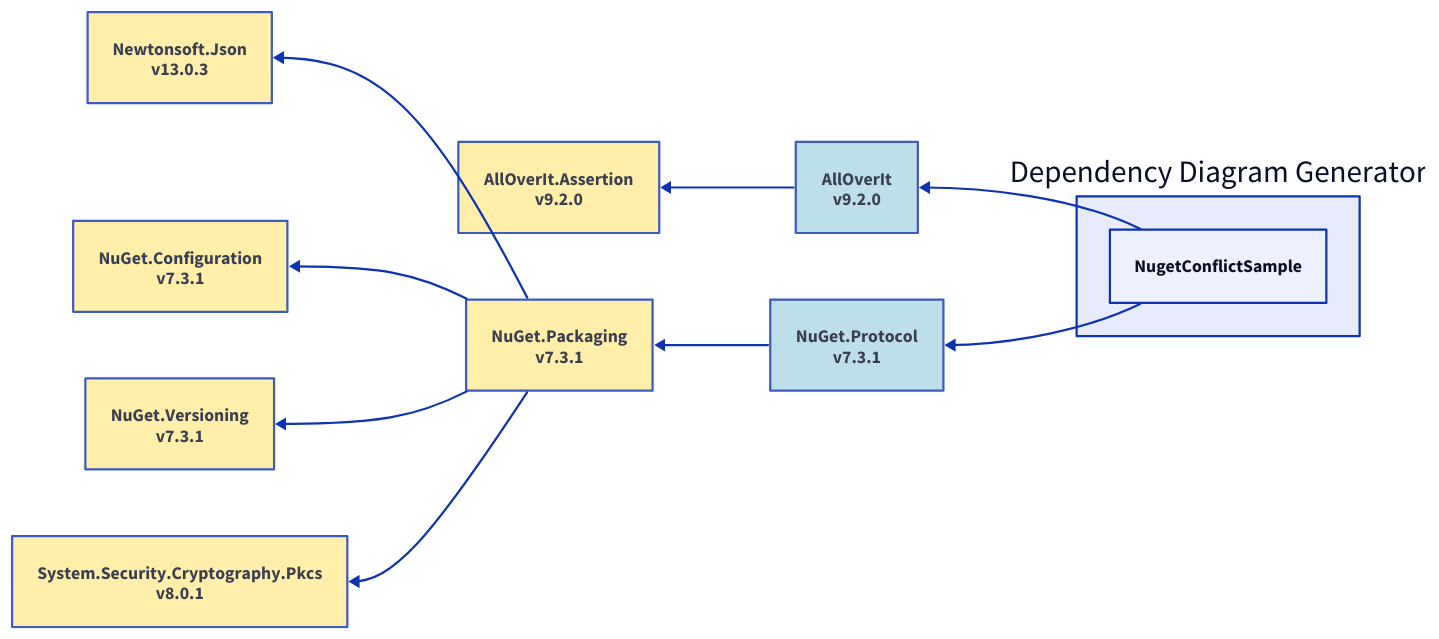
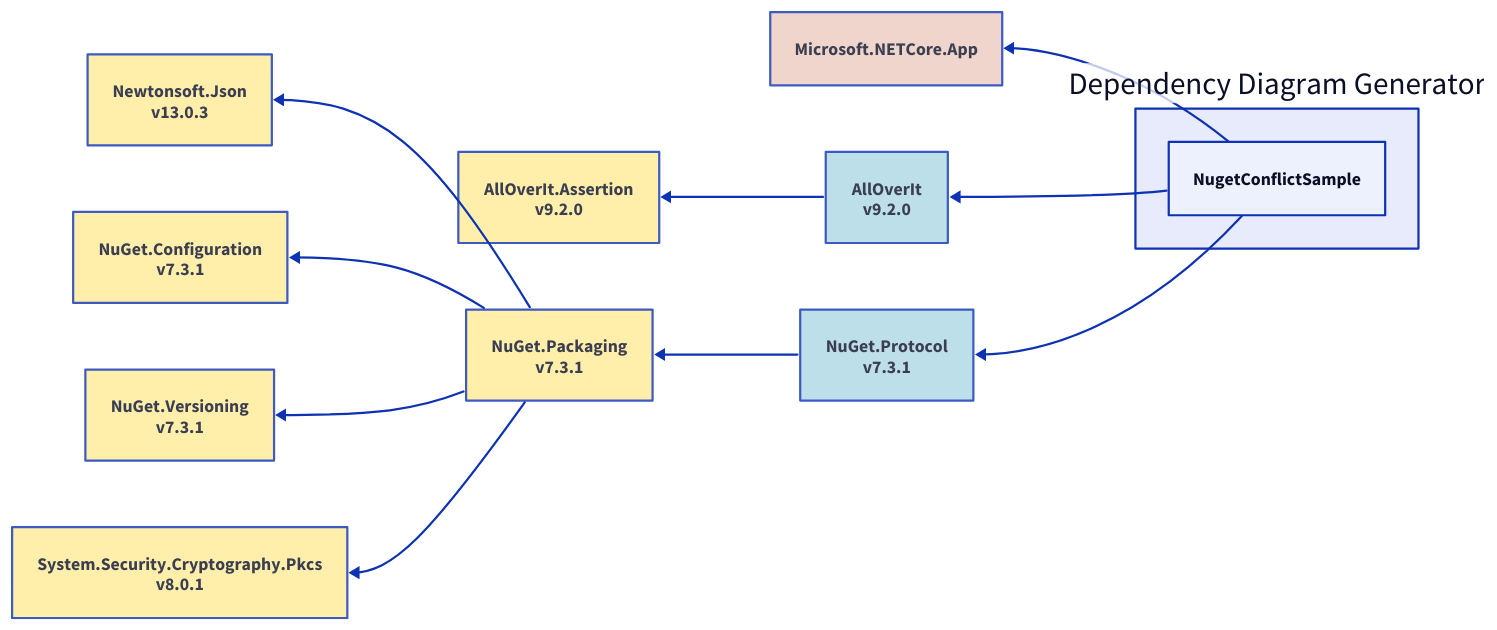
The diagram in Samples/Output/net10.0/d2/nugetconflictsample.d2 (mjfreelancing/SlnDependencyDiagramGenerator), drawn with D2 before and after one commit. The commit also changed other lines of this file and 101 other files, not shown here.

```diff
--- a/Samples/Output/net10.0/d2/nugetconflictsample.d2
+++ b/Samples/Output/net10.0/d2/nugetconflictsample.d2
@@ -1,38 +1,42 @@
 direction: left
 
 ddg: Dependency Diagram Generator
 ddg.nugetconflictsample: NugetConflictSample
+microsoft-netcore-app: Microsoft.NETCore.App
 alloverit_9-2-0: AllOverIt\nv9.2.0
 alloverit-assertion_9-2-0: AllOverIt.Assertion\nv9.2.0
 nuget-protocol_7-3-1: NuGet.Protocol\nv7.3.1
 nuget-packaging_7-3-1: NuGet.Packaging\nv7.3.1
 newtonsoft-json_13-0-3: Newtonsoft.Json\nv13.0.3
 nuget-configuration_7-3-1: NuGet.Configuration\nv7.3.1
 nuget-versioning_7-3-1: NuGet.Versioning\nv7.3.1
 system-security-cryptography-pkcs_8-0-1: System.Security.Cryptography.Pkcs\nv8.0.1
+microsoft-netcore-app <- ddg.nugetconflictsample
 alloverit_9-2-0 <- ddg.nugetconflictsample
 alloverit-assertion_9-2-0 <- alloverit_9-2-0
 nuget-protocol_7-3-1 <- ddg.nugetconflictsample
 nuget-packaging_7-3-1 <- nuget-protocol_7-3-1
 newtonsoft-json_13-0-3 <- nuget-packaging_7-3-1
 nuget-configuration_7-3-1 <- nuget-packaging_7-3-1
 nuget-versioning_7-3-1 <- nuget-packaging_7-3-1
 system-security-cryptography-pkcs_8-0-1 <- nuget-packaging_7-3-1
+microsoft-netcore-app.style.fill: "#ECCBC0"
+microsoft-netcore-app.style.opacity: 0.8
 alloverit_9-2-0.style.fill: "#ADD8E6"
 alloverit_9-2-0.style.opacity: 0.8
 alloverit-assertion_9-2-0.style.fill: "#FFEC96"
 alloverit-assertion_9-2-0.style.opacity: 0.8
 nuget-protocol_7-3-1.style.fill: "#ADD8E6"
 nuget-protocol_7-3-1.style.opacity: 0.8
 nuget-packaging_7-3-1.style.fill: "#FFEC96"
 nuget-packaging_7-3-1.style.opacity: 0.8
 newtonsoft-json_13-0-3.style.fill: "#FFEC96"
 newtonsoft-json_13-0-3.style.opacity: 0.8
 nuget-configuration_7-3-1.style.fill: "#FFEC96"
 nuget-configuration_7-3-1.style.opacity: 0.8
 nuget-versioning_7-3-1.style.fill: "#FFEC96"
 nuget-versioning_7-3-1.style.opacity: 0.8
 system-security-cryptography-pkcs_8-0-1.style.fill: "#FFEC96"
 system-security-cryptography-pkcs_8-0-1.style.opacity: 0.8
 ddg.style.fill: "#E7EBFC"
 ddg.style.opacity: 1
```
